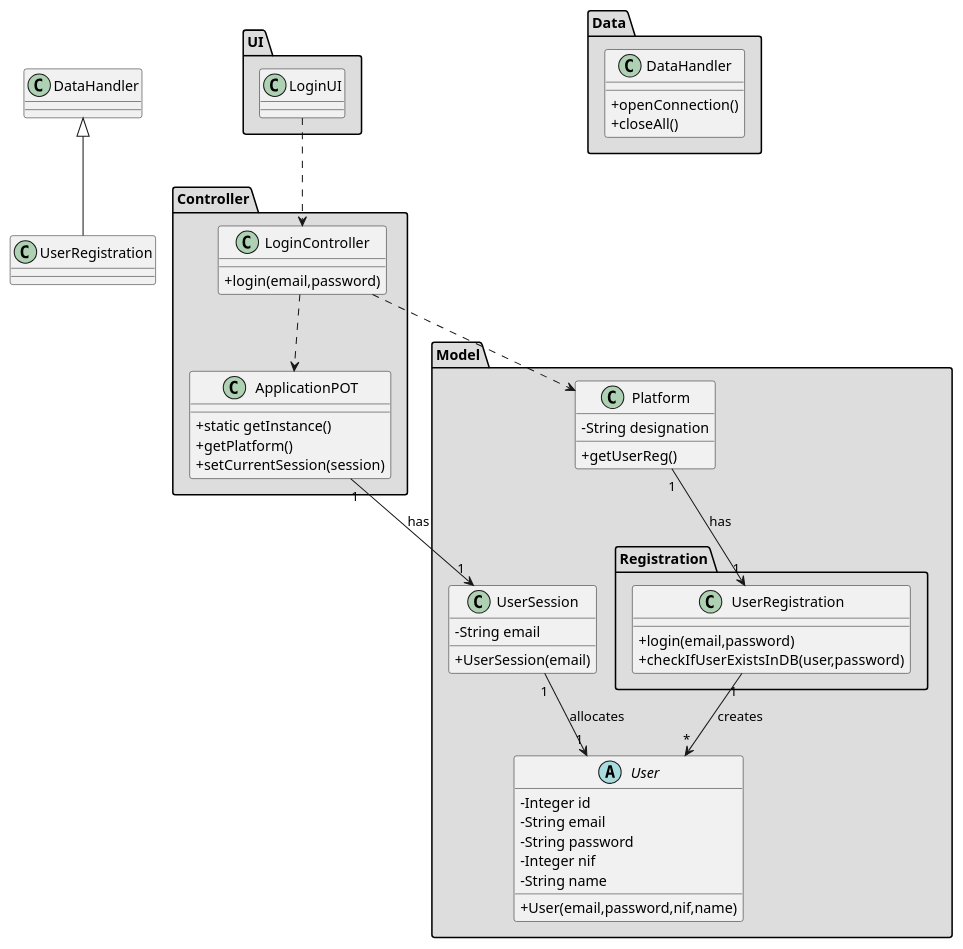
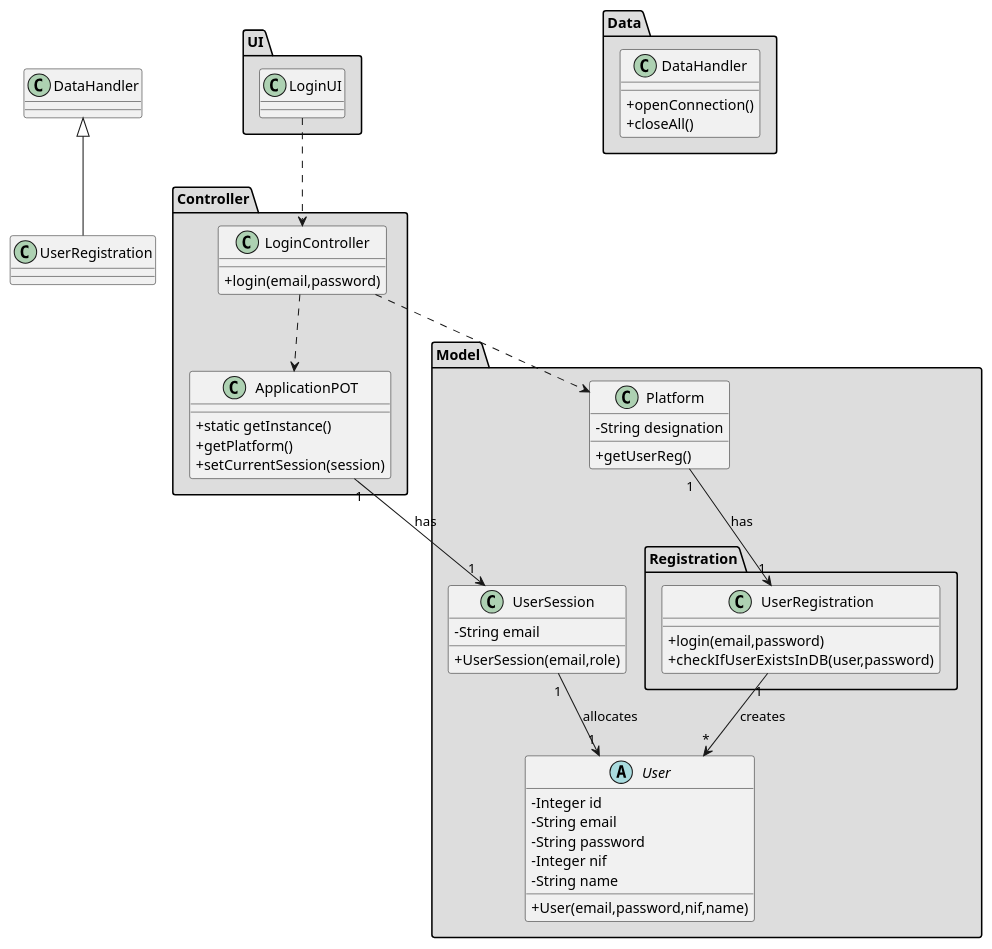
One commit to tiagoavcosta25/LAPR3 changed the diagram in docs/Iteration 1/User Management/US67_Login/US67_CD.puml. Above: the diagram before and after it, drawn with PlantUML. The commit also changed 8 other files, not shown here.

```diff
--- a/docs/Iteration 1/User Management/US67_Login/US67_CD.puml
+++ b/docs/Iteration 1/User Management/US67_Login/US67_CD.puml
@@ -1,85 +1,85 @@
 @startuml
 skinparam classAttributeIconSize 0
 
 
 package "Controller" #DDDDDD {
 class ApplicationPOT
 {
   +static getInstance()
   +getPlatform()
   +setCurrentSession(session)
 }
 }
 
 
 package "UI" #DDDDDD {
 class LoginUI{
 
 }
 }
 
 
 package "Controller" #DDDDDD {
 class LoginController{
 +login(email,password)
 }
 }
 
 
 package "Model" #DDDDDD {
 class Platform {
   -String designation
   +getUserReg()
 }
 package "Registration" #DDDDDD {
  class UserRegistration{
  +login(email,password)
  +checkIfUserExistsInDB(user,password)
  }
  }
 }
 
 
 
 
 package "Model" #DDDDDD {
 abstract class User{
 -Integer id
 -String email
 -String password
 -Integer nif
 -String name
 +User(email,password,nif,name)
 }
 
 class UserSession{
 -String email
-+UserSession(email)
++UserSession(email,role)
 }
 
 
 
 
 }
 
 
 package "Data" #DDDDDD {
 class DataHandler{
 +openConnection()
 +closeAll()
 }
 
 }
 
 
 LoginUI ..> LoginController
 LoginController ..> Platform
 LoginController ..> ApplicationPOT
 Platform "1" --> "1" UserRegistration : has
 UserRegistration "1" --> "*" User : creates
 class UserRegistration extends DataHandler
 ApplicationPOT "1" --> "1" UserSession : has
 UserSession "1" --> "1" User : allocates
 
 
 @enduml
```
